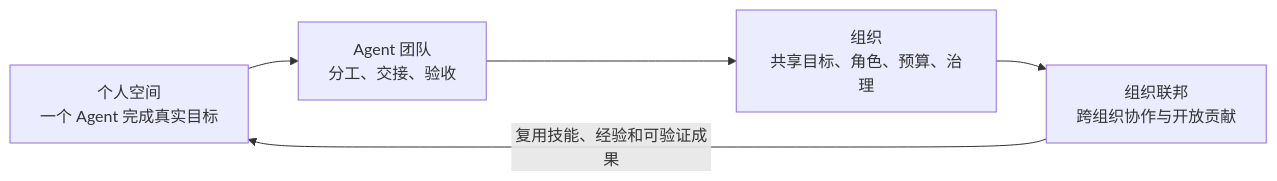
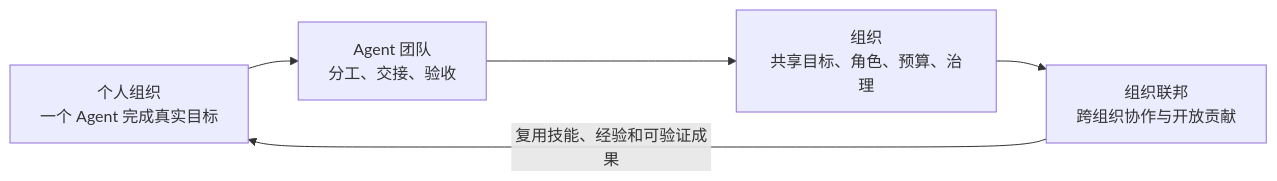
Before and after one commit to fractalmind-labs/fractalmind-os: the first of 2 diagrams in docs/fractalmind-app-plan.md, drawn with Mermaid. The commit also changed other lines of this file and 1 other file, not shown here.

````diff
--- a/docs/fractalmind-app-plan.md
+++ b/docs/fractalmind-app-plan.md
@@ -28,7 +32,7 @@
 ```mermaid
 flowchart LR
-    A[个人空间\n一个 Agent 完成真实目标] --> B[Agent 团队\n分工、交接、验收]
+    A[个人组织\n一个 Agent 完成真实目标] --> B[Agent 团队\n分工、交接、验收]
     B --> C[组织\n共享目标、角色、预算、治理]
     C --> D[组织联邦\n跨组织协作与开放贡献]
     D -->|复用技能、经验和可验证成果| A
 ```
````
